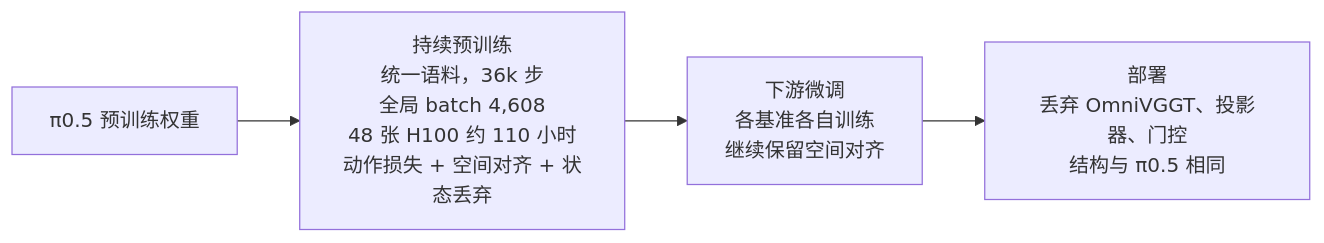
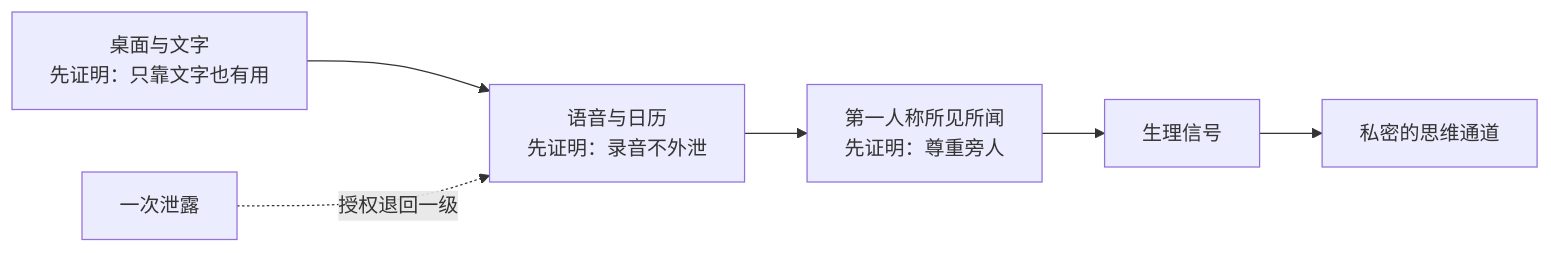
One commit to yingwang/paper-reads changed the fifth of 6 diagrams in docs/index.md. Above: the diagram before and after it, drawn with Mermaid. The commit also changed other lines of this file and 2 other files, not shown here.

````diff
--- a/docs/index.md
+++ b/docs/index.md
@@ -229,6 +216,8 @@
 ```mermaid
 flowchart LR
-    A["π0.5 预训练权重"] --> B["持续预训练<br/>统一语料，36k 步<br/>全局 batch 4,608<br/>48 张 H100 约 110 小时<br/>动作损失 + 空间对齐 + 状态丢弃"]
-    B --> C["下游微调<br/>各基准各自训练<br/>继续保留空间对齐"]
-    C --> D["部署<br/>丢弃 OmniVGGT、投影器、门控<br/>结构与 π0.5 相同"]
+    T1["桌面与文字<br/>先证明：只靠文字也有用"] --> T2["语音与日历<br/>先证明：录音不外泄"]
+    T2 --> T3["第一人称所见所闻<br/>先证明：尊重旁人"]
+    T3 --> T4["生理信号"]
+    T4 --> T5["私密的思维通道"]
+    X["一次泄露"] -. "授权退回一级" .-> T2
 ```
````
